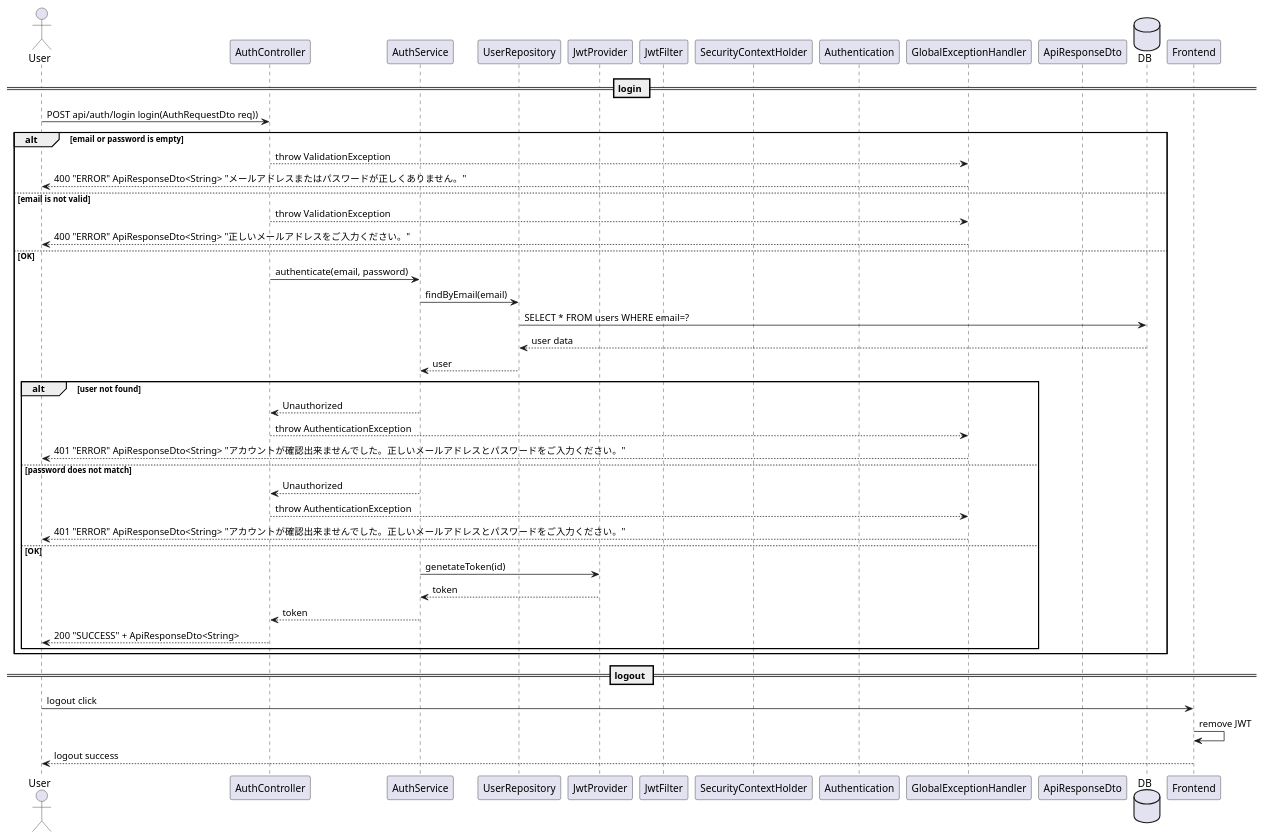
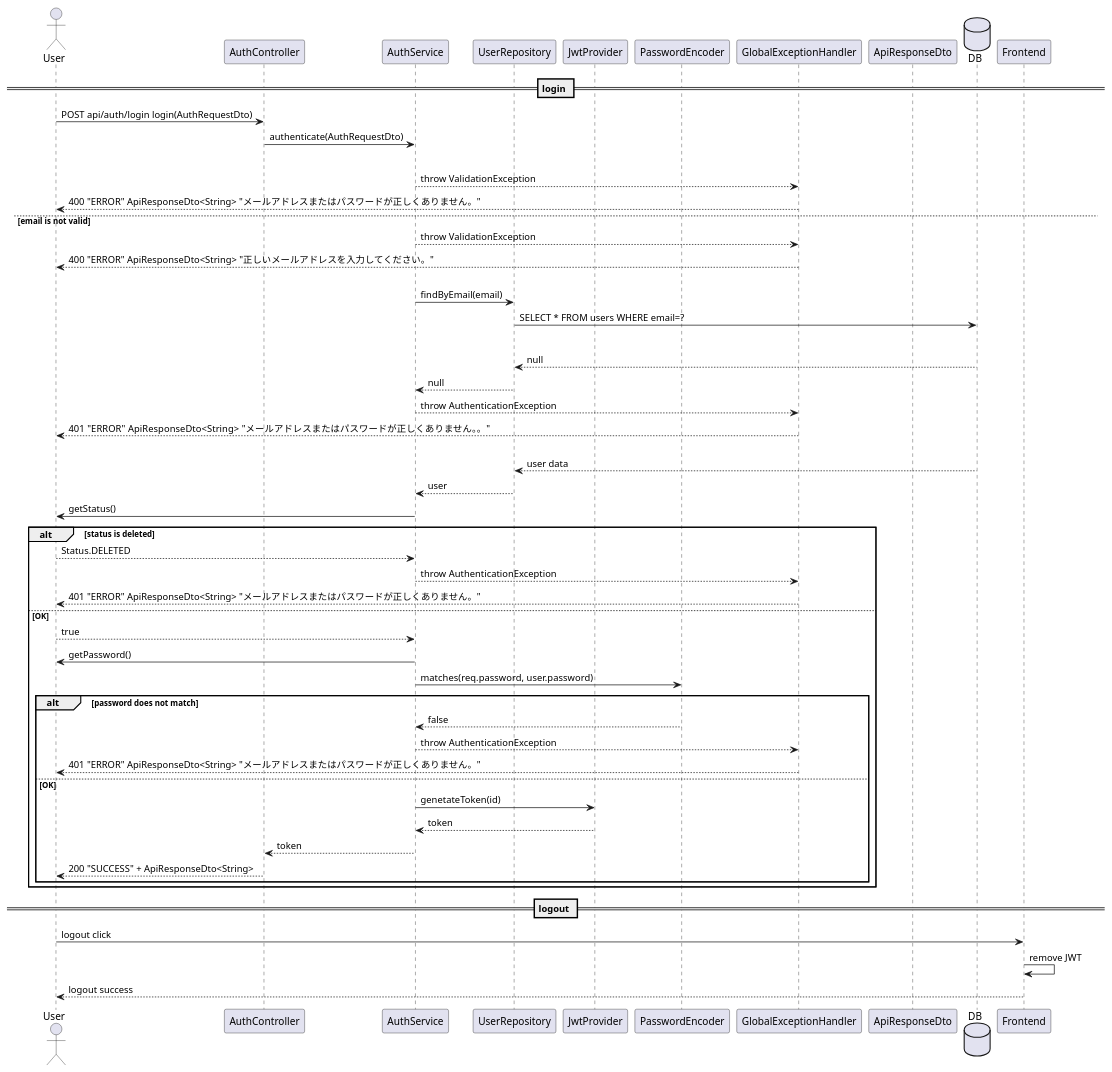
Before and after one commit to ShumpeiKawamura37/portfolio-study-management-app: the diagram in backend/study-management-app/docs/uml/code/sequence/sequence-auth.puml, drawn with PlantUML. The commit also changed 8 other files, not shown here.

```diff
--- a/backend/study-management-app/docs/uml/code/sequence/sequence-auth.puml
+++ b/backend/study-management-app/docs/uml/code/sequence/sequence-auth.puml
@@ -1,58 +1,69 @@
 @startuml
 
 actor User
 participant AuthController
 participant AuthService
 participant UserRepository
 participant JwtProvider
-participant JwtFilter
-participant SecurityContextHolder
-participant Authentication
+participant PasswordEncoder
 participant GlobalExceptionHandler
 participant ApiResponseDto
 
 database DB
 
 == login == 
 
-User -> AuthController : POST api/auth/login login(AuthRequestDto req))
+User -> AuthController : POST api/auth/login login(AuthRequestDto)
+AuthController -> AuthService : authenticate(AuthRequestDto)
 
 alt email or password is empty
-  AuthController --> GlobalExceptionHandler : throw ValidationException
+  AuthService --> GlobalExceptionHandler : throw ValidationException
   GlobalExceptionHandler --> User : 400 "ERROR" ApiResponseDto<String> "メールアドレスまたはパスワードが正しくありません。"
 
 else email is not valid
-  AuthController --> GlobalExceptionHandler : throw ValidationException
-  GlobalExceptionHandler --> User : 400 "ERROR" ApiResponseDto<String> "正しいメールアドレスをご入力ください。"
+  AuthService --> GlobalExceptionHandler : throw ValidationException
+  GlobalExceptionHandler --> User : 400 "ERROR" ApiResponseDto<String> "正しいメールアドレスを入力してください。"
 
 else OK
-  AuthController -> AuthService : authenticate(email, password)
   AuthService -> UserRepository : findByEmail(email)
   UserRepository -> DB : SELECT * FROM users WHERE email=?
-  DB --> UserRepository : user data
-  UserRepository --> AuthService :user
 
   alt user not found
-    AuthService --> AuthController : Unauthorized
-    AuthController --> GlobalExceptionHandler : throw AuthenticationException
-    GlobalExceptionHandler --> User : 401 "ERROR" ApiResponseDto<String> "アカウントが確認出来ませんでした。正しいメールアドレスとパスワードをご入力ください。"
+    DB --> UserRepository : null
+    UserRepository --> AuthService : null
+    AuthService --> GlobalExceptionHandler : throw AuthenticationException
+    GlobalExceptionHandler --> User : 401 "ERROR" ApiResponseDto<String> "メールアドレスまたはパスワードが正しくありません。。"
+      
+  else OK
+    DB --> UserRepository : user data
+    UserRepository --> AuthService :user
+    AuthService -> User : getStatus()
+    alt status is deleted
+      User --> AuthService : Status.DELETED
+      AuthService --> GlobalExceptionHandler : throw AuthenticationException
+      GlobalExceptionHandler --> User : 401 "ERROR" ApiResponseDto<String> "メールアドレスまたはパスワードが正しくありません。"
+    
+    else OK
+      User --> AuthService : true
+      AuthService -> User : getPassword()
+    AuthService -> PasswordEncoder : matches(req.password, user.password)
 
-  else password does not match
-    AuthService --> AuthController : Unauthorized
-    AuthController --> GlobalExceptionHandler : throw AuthenticationException
-    GlobalExceptionHandler --> User : 401 "ERROR" ApiResponseDto<String> "アカウントが確認出来ませんでした。正しいメールアドレスとパスワードをご入力ください。"
-    
+  alt password does not match
+    PasswordEncoder --> AuthService : false
+    AuthService --> GlobalExceptionHandler : throw AuthenticationException
+    GlobalExceptionHandler --> User : 401 "ERROR" ApiResponseDto<String> "メールアドレスまたはパスワードが正しくありません。"
+  
   else OK
     AuthService -> JwtProvider : genetateToken(id)
     JwtProvider --> AuthService : token
     AuthService --> AuthController : token
     AuthController --> User : 200 "SUCCESS" + ApiResponseDto<String> 
   end
 end
 
 == logout ==
-
 User -> Frontend : logout click
 Frontend -> Frontend : remove JWT
 Frontend --> User : logout success
+
 @enduml
```
